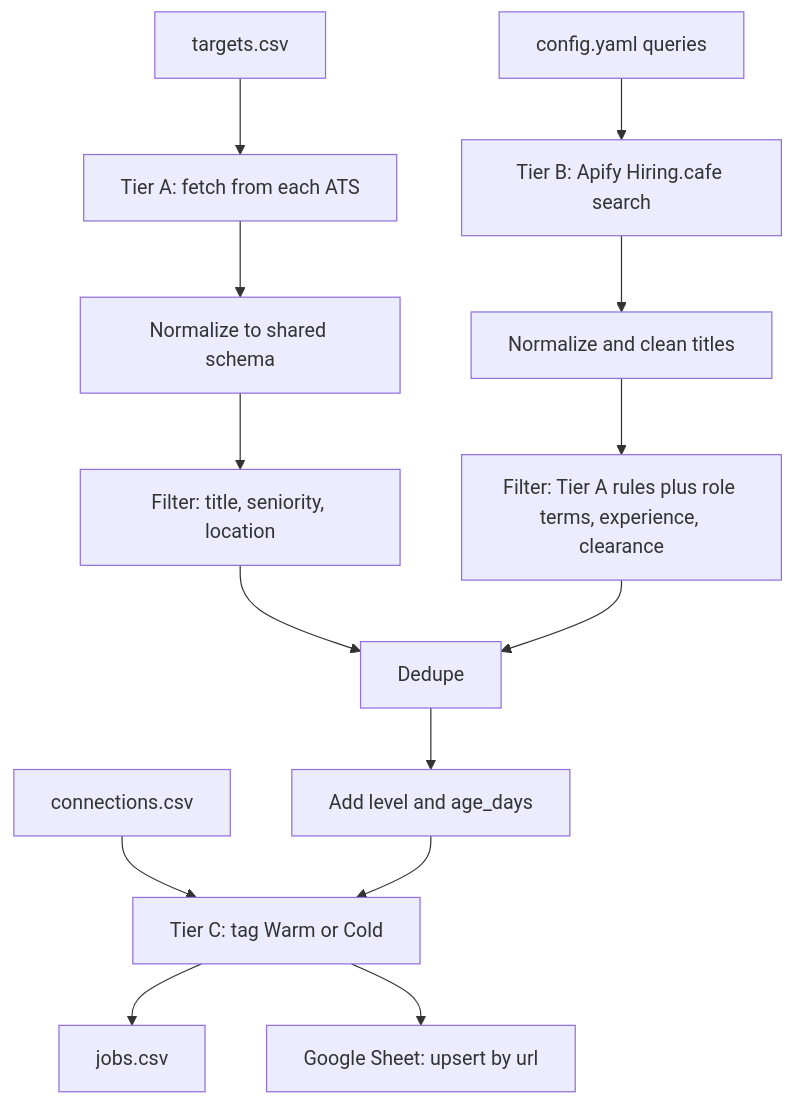
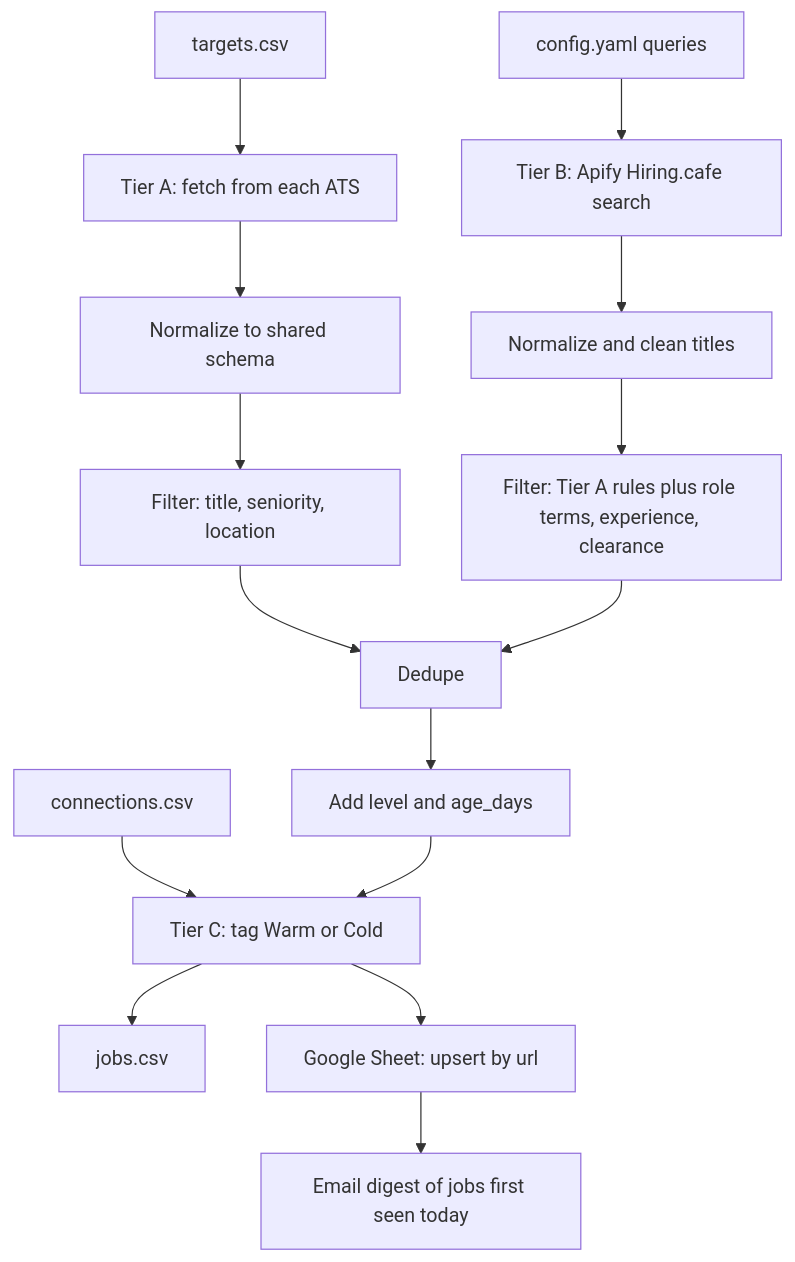
Before and after one commit to seyiabello/get-hired-pipeline: the diagram in README.md, drawn with Mermaid. The commit also changed other lines of this file and 8 other files, not shown here.

Commit message:
Ad sheet formatting script and email digest

````diff
--- a/README.md
+++ b/README.md
@@ -17,18 +17,19 @@
 ```mermaid
 flowchart TD
     T[targets.csv] --> A[Tier A: fetch from each ATS]
     A --> N[Normalize to shared schema]
     N --> FA[Filter: title, seniority, location]
 
     Q[config.yaml queries] --> B[Tier B: Apify Hiring.cafe search]
     B --> NB[Normalize and clean titles]
     NB --> FB[Filter: Tier A rules plus role terms, experience, clearance]
 
     FA --> D[Dedupe]
     FB --> D
     D --> E[Add level and age_days]
     C[connections.csv] --> W[Tier C: tag Warm or Cold]
     E --> W
     W --> CSV[jobs.csv]
     W --> S[Google Sheet: upsert by url]
+    S --> M[Email digest of jobs first seen today]
 ```
````
